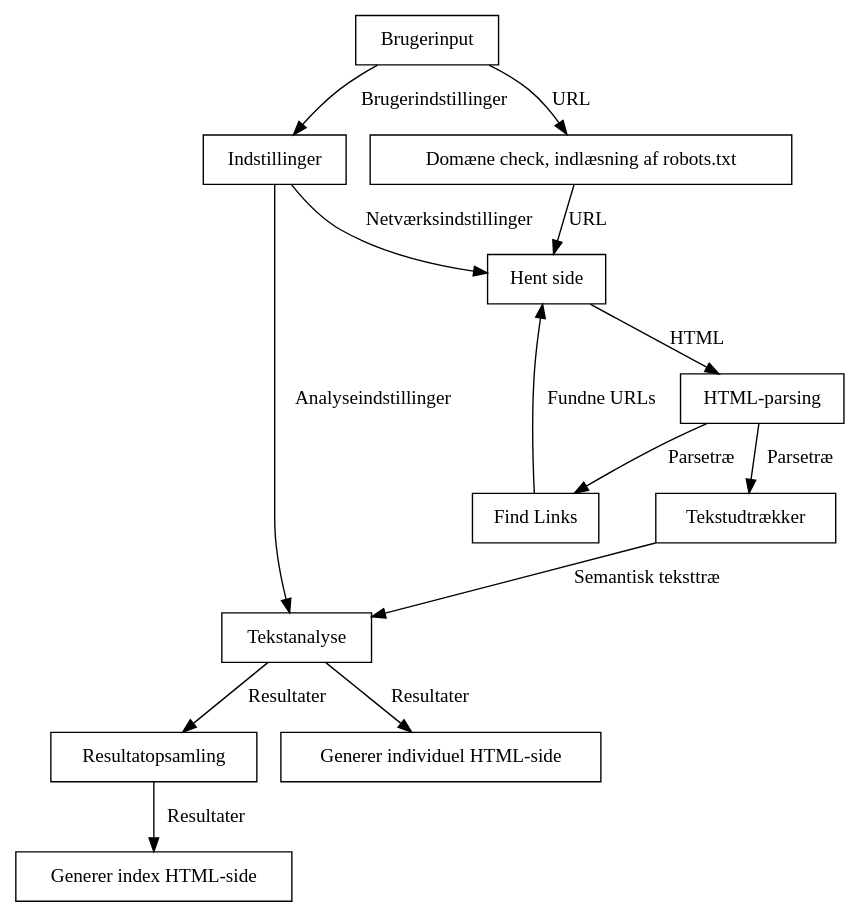
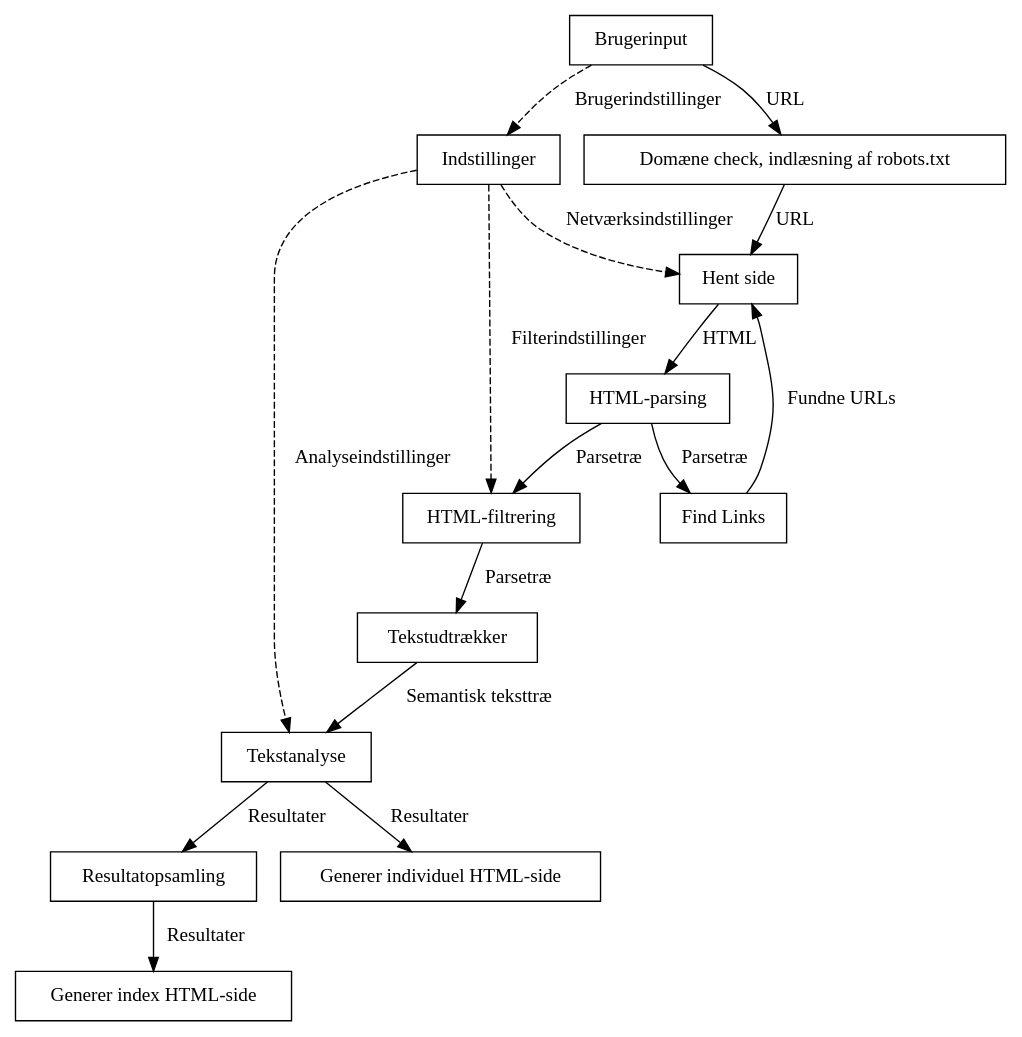
The diagram in rapport/endeligtdesign.dot (athas/webanalyzer), drawn with Graphviz before and after one commit. The commit also changed 2 other files, not shown here.

Commit message:
Added section about HTMLFilter.
darcs-hash:20070601141208-c6329-fbc1e12fdee998c5116c91445dbb47fc63cb7ef9.gz

```diff
--- a/rapport/endeligtdesign.dot
+++ b/rapport/endeligtdesign.dot
@@ -1,36 +1,38 @@
 digraph g
 {
 //size="8,11"
 //margin=5
 //rankdir="LR";
 node[shape=box];
 //edge[arrowsize=0.7, len=0.7]
 
 Brugerinput[label="Brugerinput"];
 Indstillinger[label="Indstillinger"];
 ParseSide[label="HTML-parsing"];
 HentSide[label="Hent side"];
 FindLinks[label="Find Links"];
 afHTMLificering[label="Tekstudtrækker"];
 Tekstanalyse[label="Tekstanalyse"]
+HTMLFilter[label="HTML-filtrering"]
 
 Brugerinput -> "Domæne check, indlæsning af robots.txt"
             -> HentSide [label="URL"];
-Brugerinput -> Indstillinger [label="Brugerindstillinger"];
+Brugerinput -> Indstillinger [label="Brugerindstillinger", style=dashed];
 
-Indstillinger -> Tekstanalyse [label="Analyseindstillinger"];
-Indstillinger -> HentSide [label="Netværksindstillinger"];
+Indstillinger -> Tekstanalyse [label="Analyseindstillinger", style=dashed];
+Indstillinger -> HentSide [label="Netværksindstillinger", style=dashed];
+Indstillinger -> HTMLFilter [label="Filterindstillinger", style=dashed];
 
 FindLinks -> HentSide [label="Fundne URLs"]
 
 HentSide -> ParseSide [label="HTML"];
 
 
-ParseSide -> afHTMLificering [label="Parsetræ"];
+ParseSide -> HTMLFilter -> afHTMLificering [label="Parsetræ"];
 ParseSide -> FindLinks [label="Parsetræ"]
 
 afHTMLificering -> Tekstanalyse [label="Semantisk teksttræ"];
 Tekstanalyse -> "Resultatopsamling" -> "Generer index HTML-side" [label="Resultater"]
 Tekstanalyse -> "Generer individuel HTML-side" [label="Resultater"]
 
 }
```
